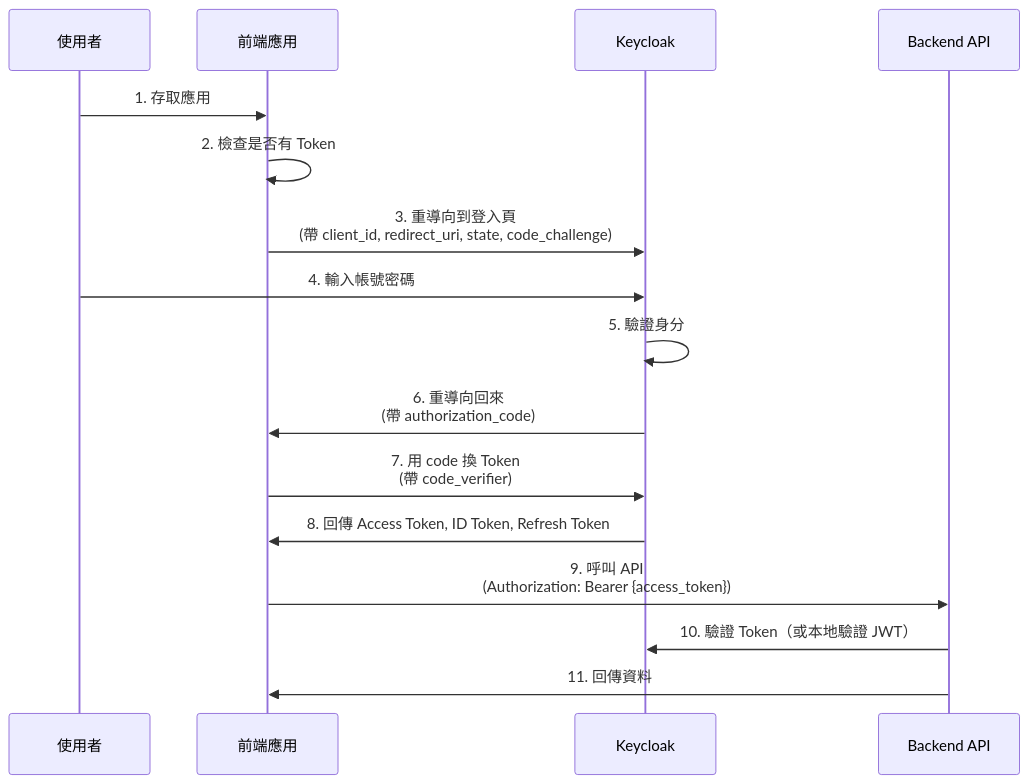
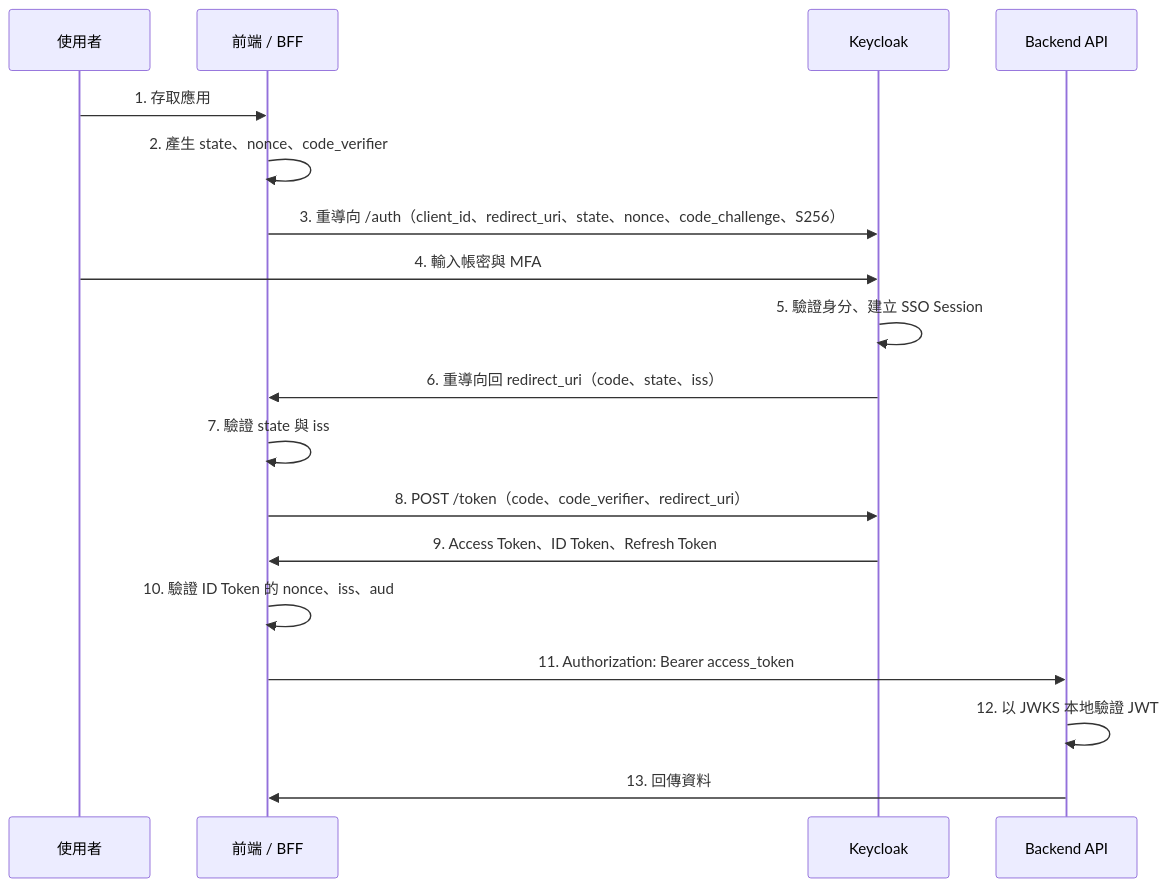
Before and after one commit to chihhung/Blog: the sixth of 19 diagrams in content/posts/教學/工具/Keycloak教學手冊.md, drawn with Mermaid. The commit also changed other lines of this file and 10 other files, not shown here.

````diff
--- a/content/posts/教學/工具/Keycloak教學手冊.md
+++ b/content/posts/教學/工具/Keycloak教學手冊.md
@@ -451,19 +948,21 @@
 ```mermaid
 sequenceDiagram
     participant U as 使用者
-    participant FE as 前端應用
+    participant FE as 前端 / BFF
     participant KC as Keycloak
     participant API as Backend API
-    
+
     U->>FE: 1. 存取應用
-    FE->>FE: 2. 檢查是否有 Token
-    FE->>KC: 3. 重導向到登入頁<br/>(帶 client_id, redirect_uri, state, code_challenge)
-    U->>KC: 4. 輸入帳號密碼
-    KC->>KC: 5. 驗證身分
-    KC->>FE: 6. 重導向回來<br/>(帶 authorization_code)
-    FE->>KC: 7. 用 code 換 Token<br/>(帶 code_verifier)
-    KC->>FE: 8. 回傳 Access Token, ID Token, Refresh Token
-    FE->>API: 9. 呼叫 API<br/>(Authorization: Bearer {access_token})
-    API->>KC: 10. 驗證 Token（或本地驗證 JWT）
-    API->>FE: 11. 回傳資料
+    FE->>FE: 2. 產生 state、nonce、code_verifier
+    FE->>KC: 3. 重導向 /auth（client_id、redirect_uri、state、nonce、code_challenge、S256）
+    U->>KC: 4. 輸入帳密與 MFA
+    KC->>KC: 5. 驗證身分、建立 SSO Session
+    KC->>FE: 6. 重導向回 redirect_uri（code、state、iss）
+    FE->>FE: 7. 驗證 state 與 iss
+    FE->>KC: 8. POST /token（code、code_verifier、redirect_uri）
+    KC->>FE: 9. Access Token、ID Token、Refresh Token
+    FE->>FE: 10. 驗證 ID Token 的 nonce、iss、aud
+    FE->>API: 11. Authorization: Bearer access_token
+    API->>API: 12. 以 JWKS 本地驗證 JWT
+    API->>FE: 13. 回傳資料
 ```
````
